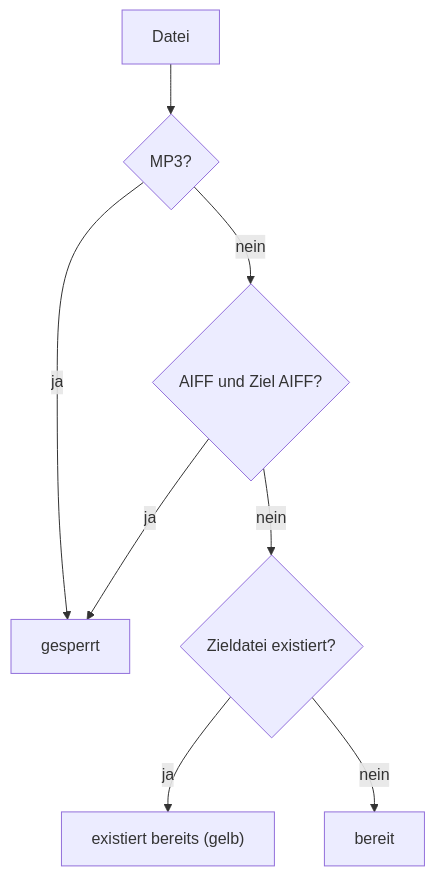
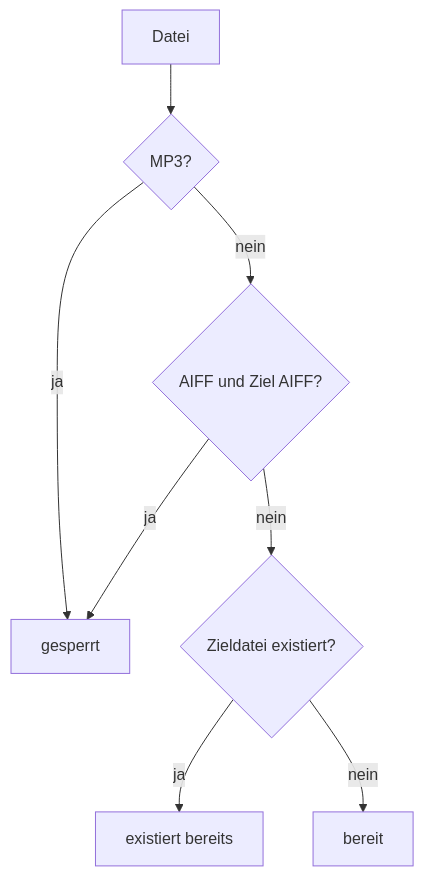
The second of 3 diagrams in wiki/funktionen.md (Senci/audio-konverter), drawn with Mermaid before and after one commit. The commit also changed other lines of this file and 41 other files, not shown here.

````diff
--- a/wiki/funktionen.md
+++ b/wiki/funktionen.md
@@ -25,10 +25,10 @@
 ```mermaid
 flowchart TD
     A["Datei"] --> B{"MP3?"}
     B -->|ja| X["gesperrt"]
     B -->|nein| C{"AIFF und Ziel AIFF?"}
     C -->|ja| X
     C -->|nein| D{"Zieldatei existiert?"}
-    D -->|ja| Y["existiert bereits (gelb)"]
+    D -->|ja| Y["existiert bereits"]
     D -->|nein| Z["bereit"]
 ```
````
